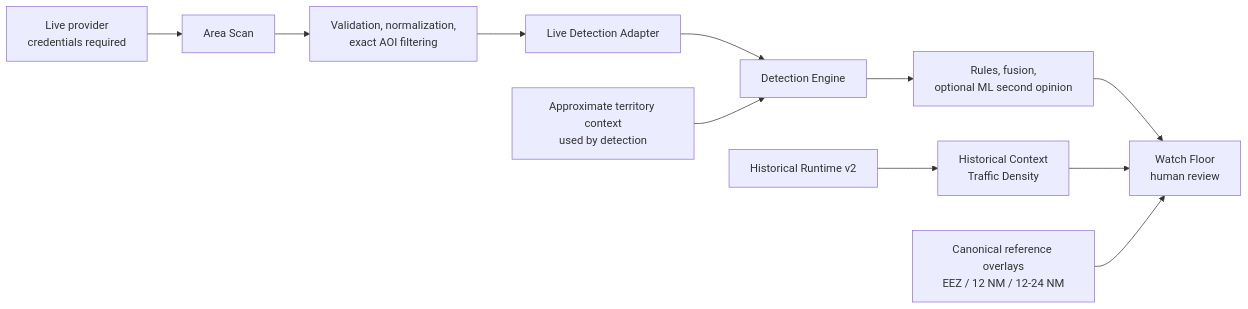
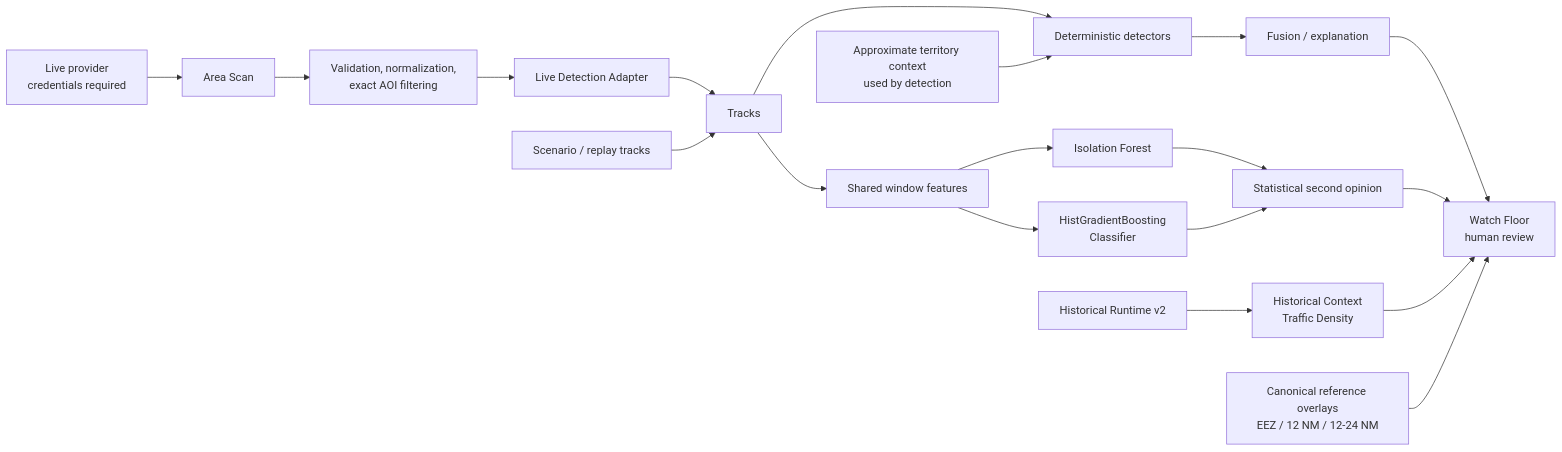
Before and after one commit to ryanwu566/seawatch: the diagram in README.md, drawn with Mermaid. The commit also changed other lines of this file, not shown here.

Commit message:
docs: highlight detection demo and ML second opinion

````diff
--- a/README.md
+++ b/README.md
@@ -83,15 +129,25 @@
 ```mermaid
 flowchart LR
     Provider[Live provider<br/>credentials required] --> AreaScan[Area Scan]
     AreaScan --> Validation[Validation, normalization,<br/>exact AOI filtering]
     Validation --> Adapter[Live Detection Adapter]
-    Adapter --> Engine[Detection Engine]
-    Engine --> Review[Rules, fusion,<br/>optional ML second opinion]
-    Review --> WatchFloor[Watch Floor<br/>human review]
+    Adapter --> Tracks[Tracks]
+    Scenario[Scenario / replay tracks] --> Tracks
+
+    Tracks --> Detectors[Deterministic detectors]
+    Detectors --> Fusion[Fusion / explanation]
+    Fusion --> WatchFloor[Watch Floor<br/>human review]
+
+    Tracks --> Features[Shared window features]
+    Features --> IF[Isolation Forest]
+    Features --> GB[HistGradientBoosting<br/>Classifier]
+    IF --> Opinion[Statistical second opinion]
+    GB --> Opinion
+    Opinion --> WatchFloor
 
     Historical[Historical Runtime v2] --> HistoricalUI[Historical Context<br/>Traffic Density]
     HistoricalUI --> WatchFloor
 
-    DetectionGIS[Approximate territory context<br/>used by detection] --> Engine
+    DetectionGIS[Approximate territory context<br/>used by detection] --> Detectors
     GIS[Canonical reference overlays<br/>EEZ / 12 NM / 12-24 NM] --> WatchFloor
 ```
````
